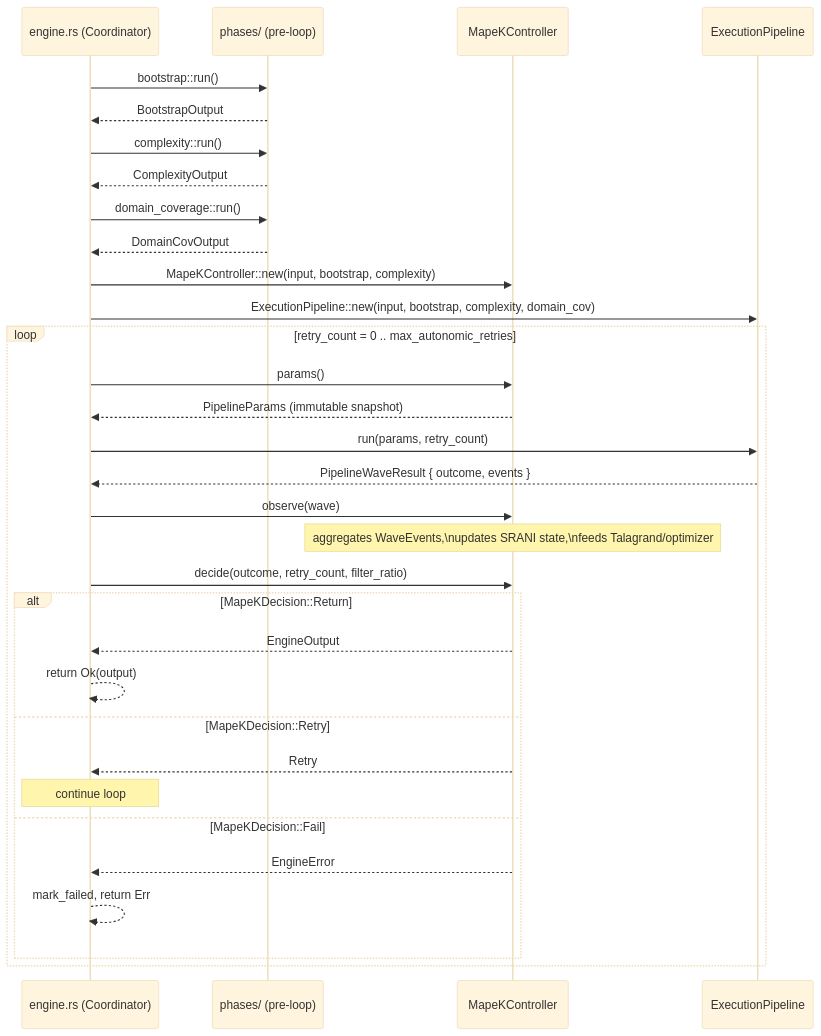
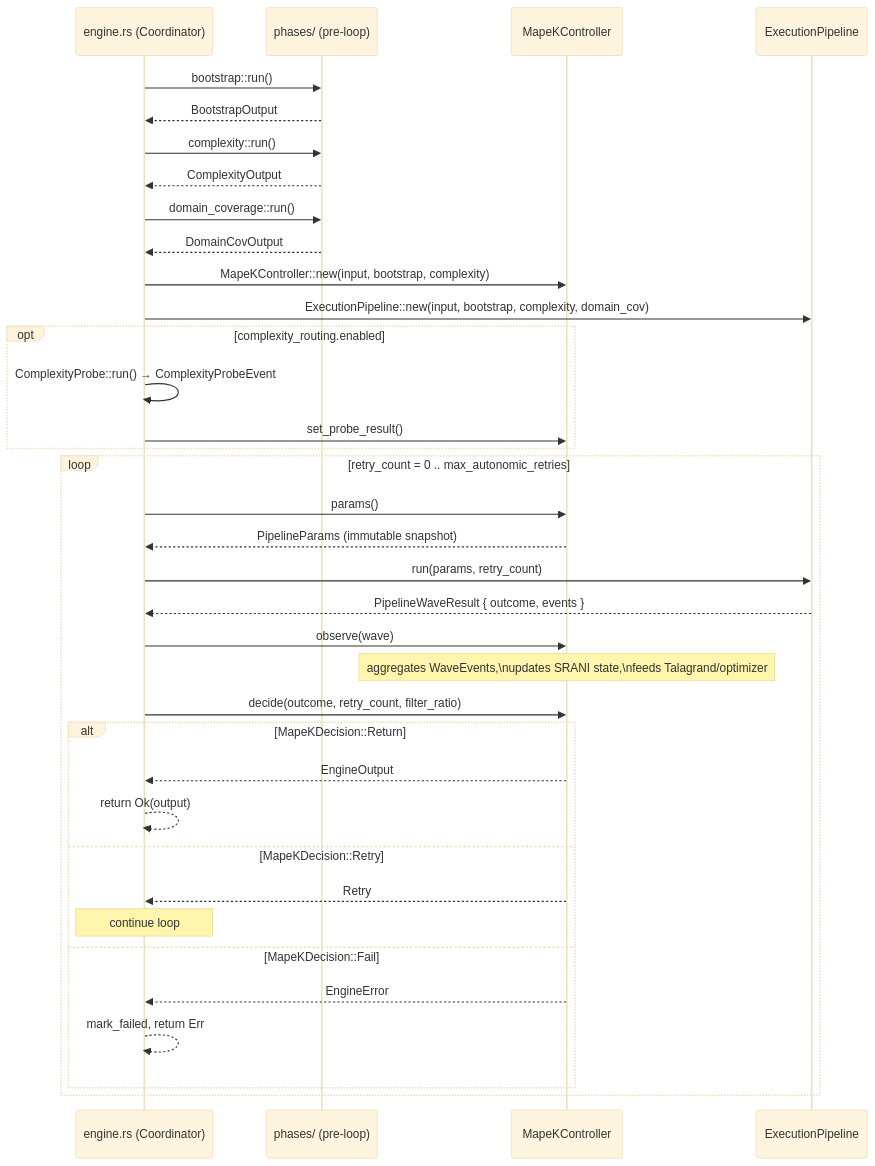
The seventh of 19 diagrams in docs/architecture/architecture.md (immediatus/h2ai-control-plane), drawn with Mermaid (base theme) before and after one commit. The commit also changed other lines of this file and 164 other files, not shown here.

````diff
--- a/docs/architecture/architecture.md
+++ b/docs/architecture/architecture.md
@@ -481,37 +563,42 @@
 ```mermaid
 sequenceDiagram
     participant E as engine.rs (Coordinator)
     participant PH as phases/ (pre-loop)
     participant C as MapeKController
     participant P as ExecutionPipeline
 
     E->>PH: bootstrap::run()
     PH-->>E: BootstrapOutput
     E->>PH: complexity::run()
     PH-->>E: ComplexityOutput
     E->>PH: domain_coverage::run()
     PH-->>E: DomainCovOutput
 
     E->>C: MapeKController::new(input, bootstrap, complexity)
     E->>P: ExecutionPipeline::new(input, bootstrap, complexity, domain_cov)
+
+    opt complexity_routing.enabled
+        E->>E: ComplexityProbe::run() → ComplexityProbeEvent
+        E->>C: set_probe_result()
+    end
 
     loop retry_count = 0 .. max_autonomic_retries
         E->>C: params()
         C-->>E: PipelineParams (immutable snapshot)
         E->>P: run(params, retry_count)
         P-->>E: PipelineWaveResult { outcome, events }
         E->>C: observe(wave)
         Note over C: aggregates WaveEvents,\nupdates SRANI state,\nfeeds Talagrand/optimizer
         E->>C: decide(outcome, retry_count, filter_ratio)
         alt MapeKDecision::Return
             C-->>E: EngineOutput
             E-->>E: return Ok(output)
         else MapeKDecision::Retry
             C-->>E: Retry
             Note over E: continue loop
         else MapeKDecision::Fail
             C-->>E: EngineError
             E-->>E: mark_failed, return Err
         end
     end
 ```
````
